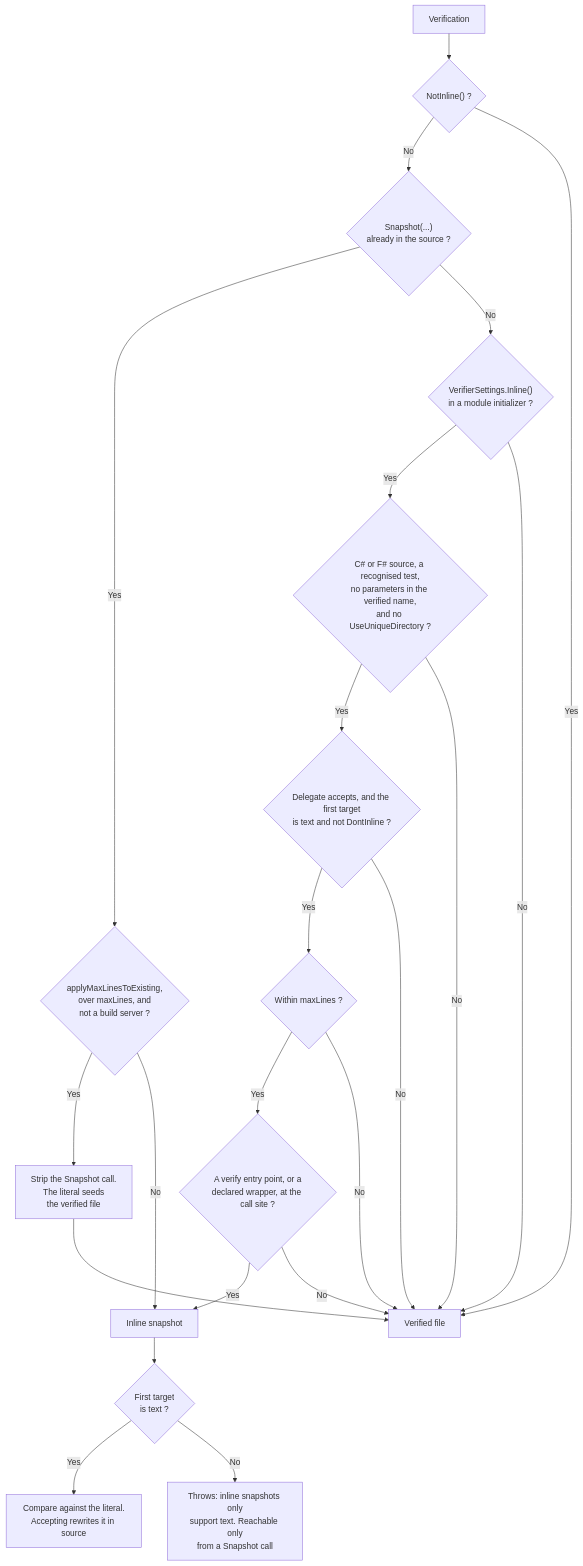
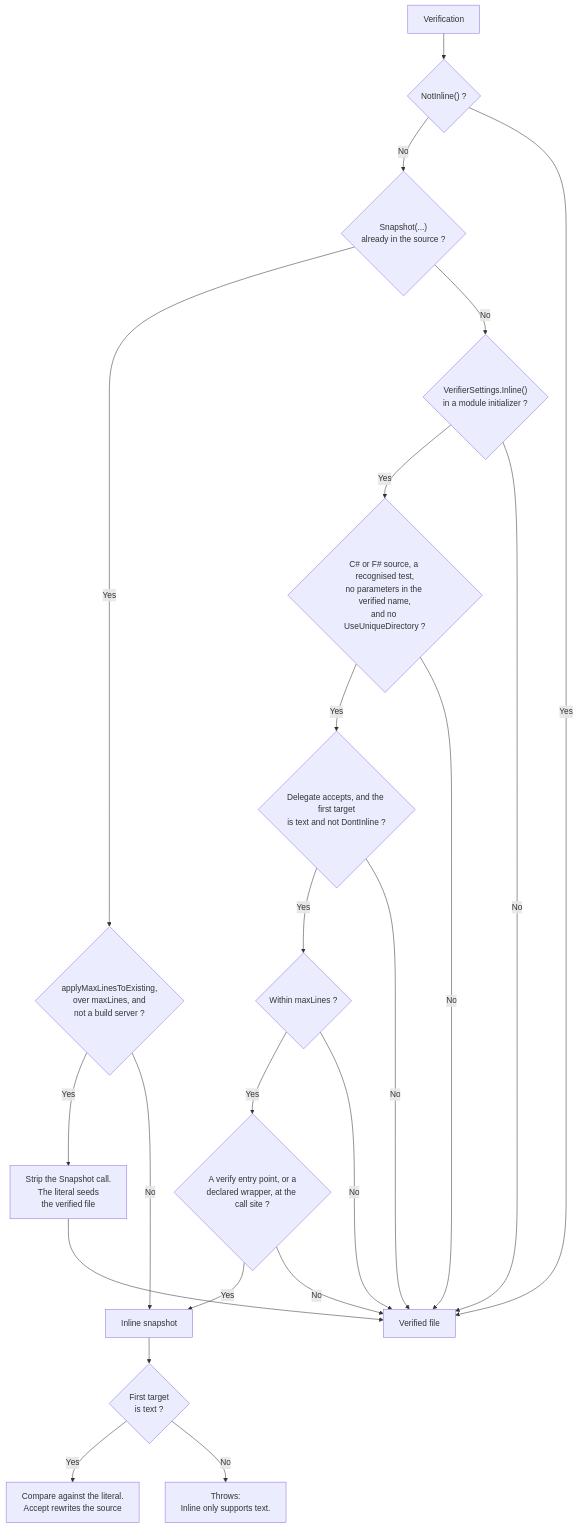
Before and after one commit to VerifyTests/Verify: the diagram in docs/mdsource/inline-snapshots.source.md, drawn with Mermaid.

````diff
--- a/docs/mdsource/inline-snapshots.source.md
+++ b/docs/mdsource/inline-snapshots.source.md
@@ -164,52 +164,52 @@
 ```mermaid
 graph TD
 start["Verification"]
 notInline{"NotInline() ?"}
 start-->notInline
 
 literal{"Snapshot(...)<br/>already in the source ?"}
 notInline-- No -->literal
 
 existing{"applyMaxLinesToExisting,<br/>over maxLines, and<br/>not a build server ?"}
 literal-- Yes -->existing
 
 migrate["Strip the Snapshot call.<br/>The literal seeds<br/>the verified file"]
 existing-- Yes -->migrate
 
 globalSwitch{"VerifierSettings.Inline()<br/>in a module initializer ?"}
 literal-- No -->globalSwitch
 
 compatible{"C# or F# source, a recognised test,<br/>no parameters in the verified name,<br/>and no UseUniqueDirectory ?"}
 globalSwitch-- Yes -->compatible
 
 accepted{"Delegate accepts, and the first target<br/>is text and not DontInline ?"}
 compatible-- Yes -->accepted
 
 within{"Within maxLines ?"}
 accepted-- Yes -->within
 
 callSite{"A verify entry point, or a<br/>declared wrapper, at the call site ?"}
 within-- Yes -->callSite
 
 inline["Inline snapshot"]
 callSite-- Yes -->inline
 existing-- No -->inline
 
 isText{"First target<br/>is text ?"}
 inline-->isText
 
-compare["Compare against the literal.<br/>Accepting rewrites it in source"]
+compare["Compare against the literal.<br/>Accept rewrites the source"]
 isText-- Yes -->compare
 
-throws["Throws: inline snapshots only<br/>support text. Reachable only<br/>from a Snapshot call"]
+throws["Throws:<br/>Inline only supports text."]
 isText-- No -->throws
 
 file["Verified file"]
 notInline-- Yes -->file
 migrate-->file
 globalSwitch-- No -->file
 compatible-- No -->file
 accepted-- No -->file
 within-- No -->file
 callSite-- No -->file
 ```
````
